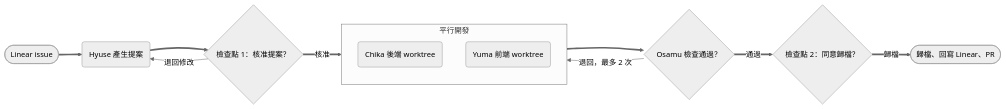
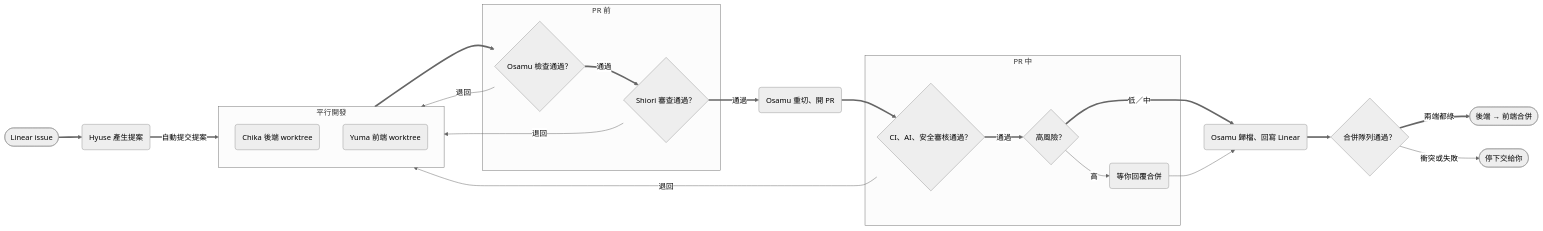
The diagram in docs/multi-agent-workflow.md (StevenShih-0402/littleduck_website), drawn with Mermaid (neutral theme) before and after one commit. The commit also changed other lines of this file and 19 other files, not shown here.

````diff
--- a/docs/multi-agent-workflow.md
+++ b/docs/multi-agent-workflow.md
@@ -22,24 +26,42 @@
 ```mermaid
 flowchart LR
     %% 宣告區
     Issue(["Linear issue"])
     Architect("Hyuse 產生提案")
-    Gate1{"檢查點 1：核准提案？"}
     subgraph Develop["平行開發"]
         Backend("Chika 後端 worktree")
         Frontend("Yuma 前端 worktree")
     end
-    Integrator{"Osamu 檢查通過？"}
-    Gate2{"檢查點 2：同意歸檔？"}
-    Done(["歸檔、回寫 Linear、PR"])
+    subgraph PrePR["PR 前"]
+        Integrator{"Osamu 檢查通過？"}
+        SpecReview{"Shiori 審查通過？"}
+    end
+    Finish("Osamu 重切、開 PR")
+    subgraph InPR["PR 中"]
+        PrChecks{"CI、AI、安全審核通過？"}
+        Risk{"高風險？"}
+        Approve("等你回覆合併")
+    end
+    Archive("Osamu 歸檔、回寫 Linear")
+    Queue{"合併隊列通過？"}
+    Done(["後端 → 前端合併"])
+    StopUser(["停下交給你"])
 
     %% 連線區
     Issue ==> Architect
-    Architect ==> Gate1
-    Gate1 -- "退回修改" --> Architect
-    Gate1 == "核准" ==> Develop
+    Architect == "自動提交提案" ==> Develop
     Develop ==> Integrator
-    Integrator -- "退回，最多 2 次" --> Develop
-    Integrator == "通過" ==> Gate2
-    Gate2 == "歸檔" ==> Done
+    Integrator -- "退回" --> Develop
+    Integrator == "通過" ==> SpecReview
+    SpecReview -- "退回" --> Develop
+    SpecReview == "通過" ==> Finish
+    Finish ==> PrChecks
+    PrChecks -- "退回" --> Develop
+    PrChecks == "通過" ==> Risk
+    Risk == "低／中" ==> Archive
+    Risk -- "高" --> Approve
+    Approve --> Archive
+    Archive ==> Queue
+    Queue == "兩端都綠" ==> Done
+    Queue -- "衝突或失敗" --> StopUser
 ```
````
